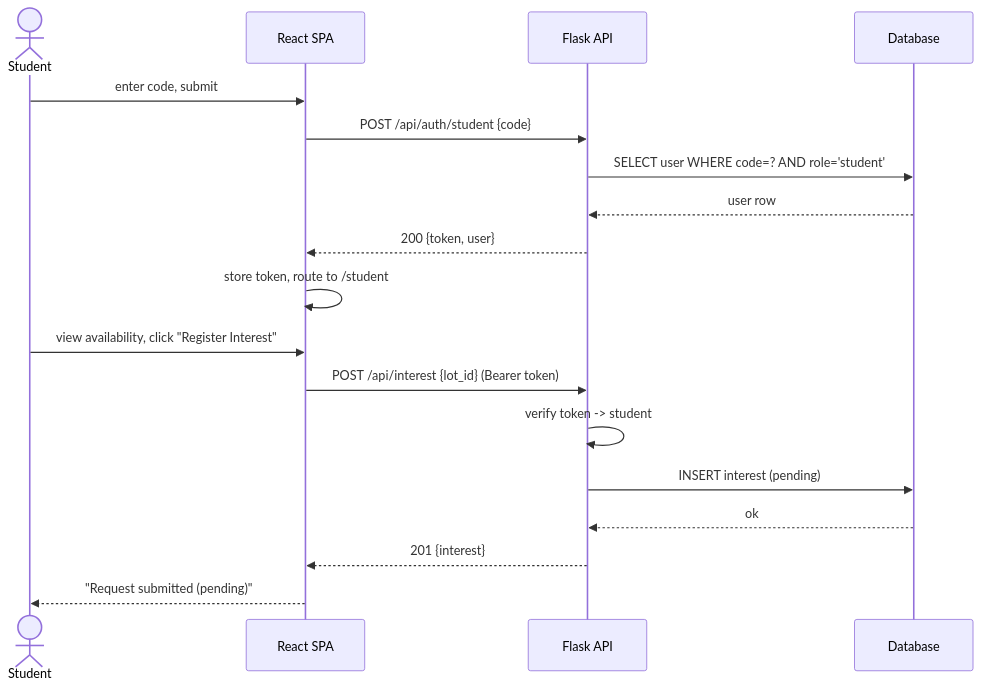
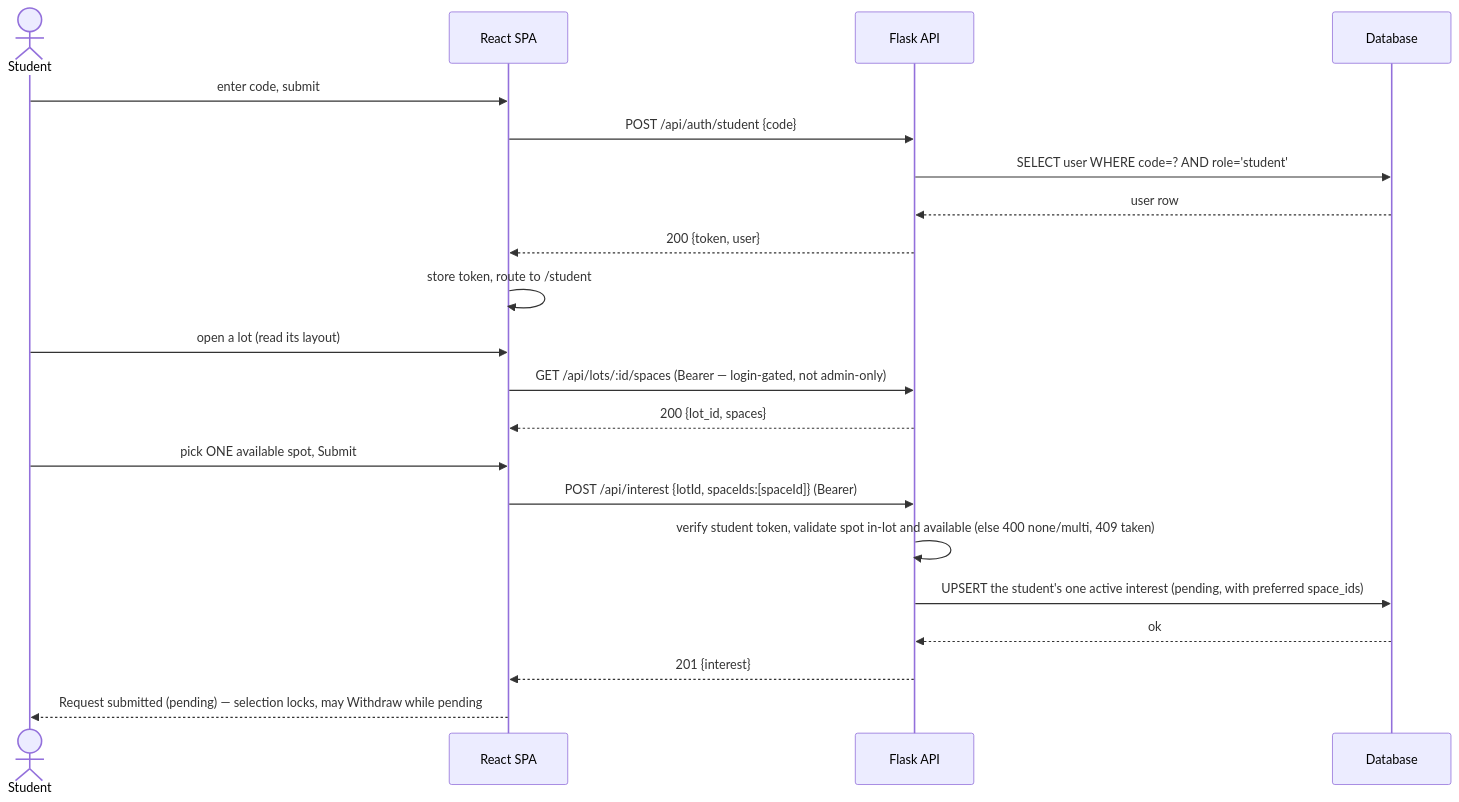
One commit to LTRide2/lt-parking-site-project changed the fifth of 8 diagrams in plan/plan.md. Above: the diagram before and after it, drawn with Mermaid. The commit also changed other lines of this file and 1 other file, not shown here.

Commit message:
design: reconcile plan.md + UI guide with PoC (roster/dual-identity, preferred-spot interest, size coords, lot number, move/withdraw)

````diff
--- a/plan/plan.md
+++ b/plan/plan.md
@@ -323,22 +372,25 @@
 ```mermaid
 sequenceDiagram
     actor S as Student
     participant UI as React SPA
     participant API as Flask API
     participant DB as Database
 
     S->>UI: enter code, submit
     UI->>API: POST /api/auth/student {code}
     API->>DB: SELECT user WHERE code=? AND role='student'
     DB-->>API: user row
     API-->>UI: 200 {token, user}
     UI->>UI: store token, route to /student
 
-    S->>UI: view availability, click "Register Interest"
-    UI->>API: POST /api/interest {lot_id} (Bearer token)
-    API->>API: verify token -> student
-    API->>DB: INSERT interest (pending)
+    S->>UI: open a lot (read its layout)
+    UI->>API: GET /api/lots/:id/spaces (Bearer — login-gated, not admin-only)
+    API-->>UI: 200 {lot_id, spaces}
+    S->>UI: pick ONE available spot, Submit
+    UI->>API: POST /api/interest {lotId, spaceIds:[spaceId]} (Bearer)
+    API->>API: verify student token, validate spot in-lot and available (else 400 none/multi, 409 taken)
+    API->>DB: UPSERT the student's one active interest (pending, with preferred space_ids)
     DB-->>API: ok
     API-->>UI: 201 {interest}
-    UI-->>S: "Request submitted (pending)"
+    UI-->>S: Request submitted (pending) — selection locks, may Withdraw while pending
 ```
````
